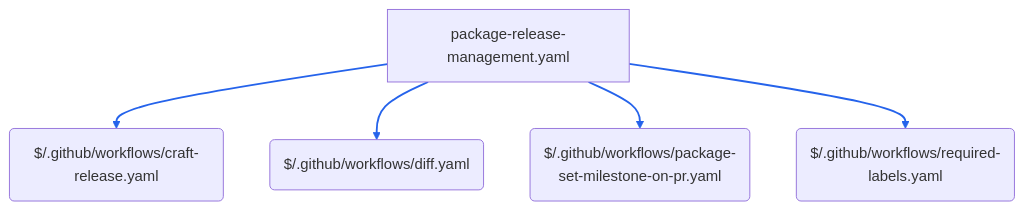
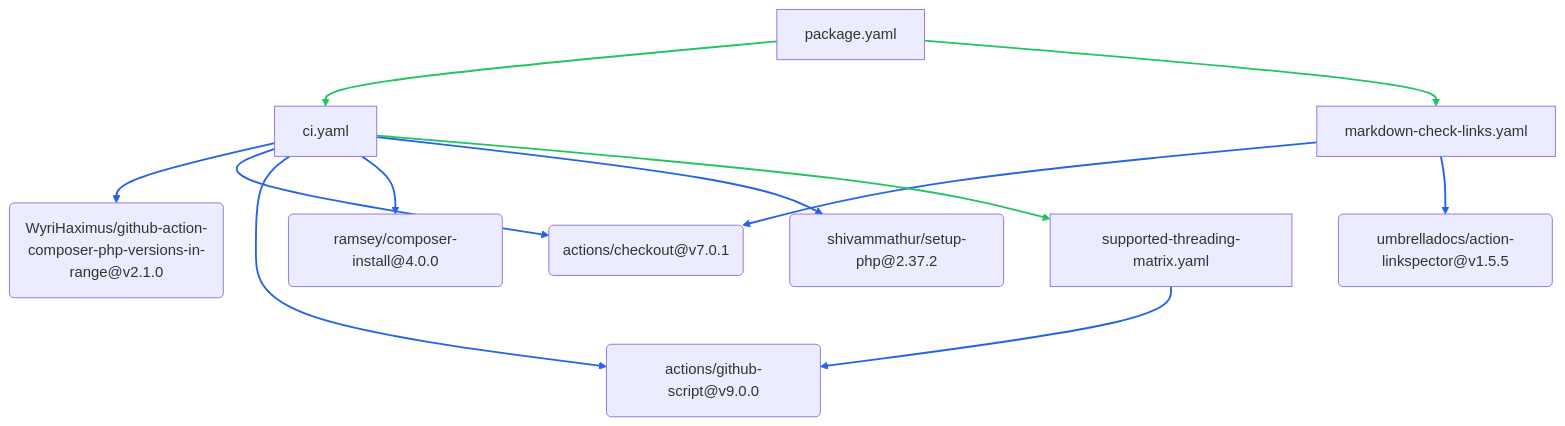
Before and after one commit to WyriHaximus/github-workflows: the first of 6 diagrams in README.md, drawn with Mermaid. The commit also changed other lines of this file and 1 other file, not shown here.

Commit message:
Fix workflow diagram generation

````diff
--- a/README.md
+++ b/README.md
@@ -375,9 +316,26 @@
 ```mermaid
 flowchart TB
-  package_release_management_package_release_management["package-release-management.yaml"] --> package_release_management_a0("$/.github/workflows/craft-release.yaml")
-  package_release_management_package_release_management["package-release-management.yaml"] --> package_release_management_a1("$/.github/workflows/diff.yaml")
-  package_release_management_package_release_management["package-release-management.yaml"] --> package_release_management_a2("$/.github/workflows/package-set-milestone-on-pr.yaml")
-  package_release_management_package_release_management["package-release-management.yaml"] --> package_release_management_a3("$/.github/workflows/required-labels.yaml")
-  linkStyle 0,1,2,3 stroke:#2563eb,stroke-width:2px
-  click package_release_management_package_release_management "https://github.com/WyriHaximus/github-workflows/blob/main/.github/workflows/package-release-management.yaml" _blank
+  package_ci["ci.yaml"] --> package_a0("WyriHaximus/github-action-composer-php-versions-in-range@v2.1.0")
+  package_ci["ci.yaml"] --> package_a1("actions/checkout@v7.0.1")
+  package_ci["ci.yaml"] --> package_a2("actions/github-script@v9.0.0")
+  package_ci["ci.yaml"] --> package_a3("ramsey/composer-install@4.0.0")
+  package_ci["ci.yaml"] --> package_a4("shivammathur/setup-php@2.37.2")
+  package_markdown_check_links["markdown-check-links.yaml"] --> package_a1("actions/checkout@v7.0.1")
+  package_markdown_check_links["markdown-check-links.yaml"] --> package_a5("umbrelladocs/action-linkspector@v1.5.5")
+  package_supported_threading_matrix["supported-threading-matrix.yaml"] --> package_a2("actions/github-script@v9.0.0")
+  package_ci["ci.yaml"] --> package_supported_threading_matrix["supported-threading-matrix.yaml"]
+  package_package["package.yaml"] --> package_ci["ci.yaml"]
+  package_package["package.yaml"] --> package_markdown_check_links["markdown-check-links.yaml"]
+  linkStyle 8,9,10 stroke:#22c55e,stroke-width:2px
+  linkStyle 0,1,2,3,4,5,6,7 stroke:#2563eb,stroke-width:2px
+  click package_a0 "https://github.com/WyriHaximus/github-action-composer-php-versions-in-range/releases/tag/v2.1.0" _blank
+  click package_a1 "https://github.com/actions/checkout/releases/tag/v7.0.1" _blank
+  click package_a2 "https://github.com/actions/github-script/releases/tag/v9.0.0" _blank
+  click package_a3 "https://github.com/ramsey/composer-install/releases/tag/4.0.0" _blank
+  click package_a4 "https://github.com/shivammathur/setup-php/releases/tag/2.37.2" _blank
+  click package_a5 "https://github.com/umbrelladocs/action-linkspector/releases/tag/v1.5.5" _blank
+  click package_ci "https://github.com/WyriHaximus/github-workflows/blob/main/.github/workflows/ci.yaml" _blank
+  click package_markdown_check_links "https://github.com/WyriHaximus/github-workflows/blob/main/.github/workflows/markdown-check-links.yaml" _blank
+  click package_package "https://github.com/WyriHaximus/github-workflows/blob/main/.github/workflows/package.yaml" _blank
+  click package_supported_threading_matrix "https://github.com/WyriHaximus/github-workflows/blob/main/.github/workflows/supported-threading-matrix.yaml" _blank
 ```
````
